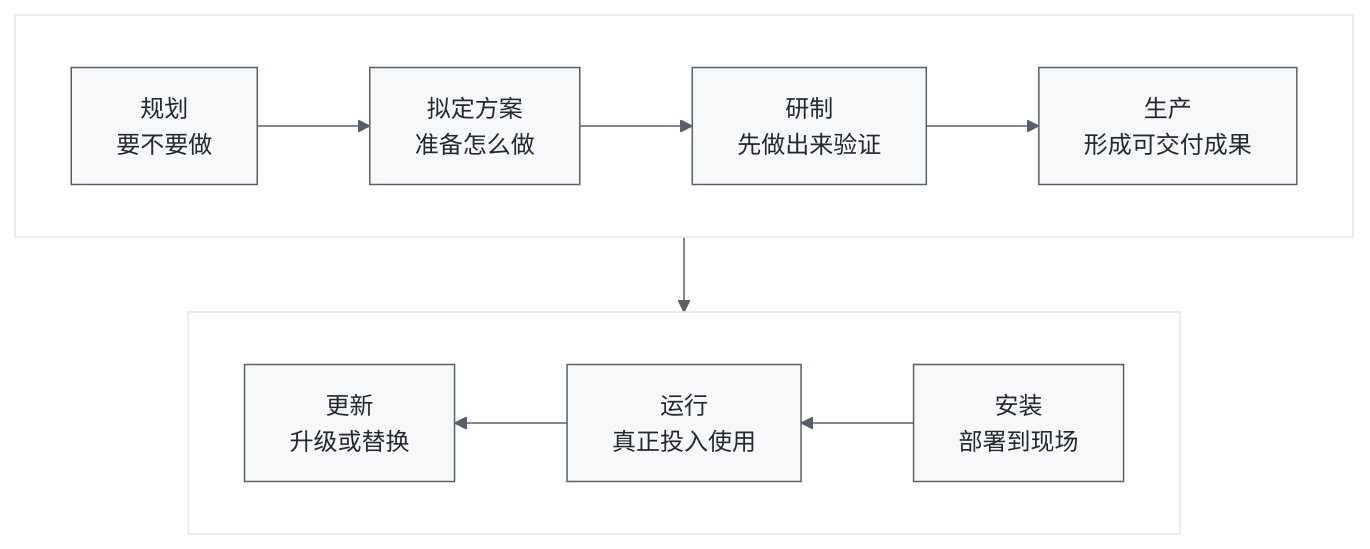
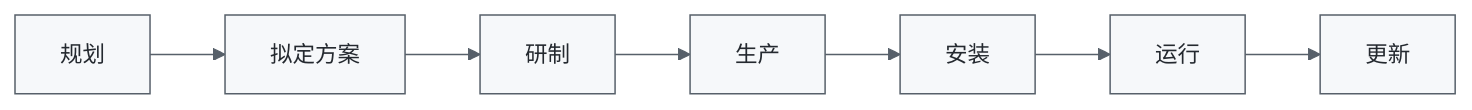
The third of 7 diagrams in 01_综合知识/02_系统工程与信息系统基础/02_系统工程方法/霍尔三维结构.md (74262195/system-architect-notes), drawn with Mermaid before and after one commit. The commit also changed other lines of this file and 2 other files, not shown here.

Commit message:
fix: 调整 Mermaid 为紧凑横向布局

````diff
--- a/01_综合知识/02_系统工程与信息系统基础/02_系统工程方法/霍尔三维结构.md
+++ b/01_综合知识/02_系统工程与信息系统基础/02_系统工程方法/霍尔三维结构.md
@@ -138,16 +133,6 @@
 ```mermaid
-%%{init: {"theme":"base","themeVariables":{"fontSize":"16px","primaryColor":"#f6f8fa","primaryTextColor":"#24292f","primaryBorderColor":"#57606a","lineColor":"#57606a","secondaryColor":"#ffffff","tertiaryColor":"#ffffff","edgeLabelBackground":"#ffffff"}}}%%
-flowchart TB
-    subgraph top[" "]
-        direction LR
-        A["规划<br/>要不要做"] --> B["拟定方案<br/>准备怎么做"]
-        B --> C["研制<br/>先做出来验证"]
-        C --> D["生产<br/>形成可交付成果"]
-    end
-    D --> E["安装<br/>部署到现场"]
-    subgraph bottom[" "]
-        direction RL
-        E --> F["运行<br/>真正投入使用"]
-        F --> G["更新<br/>升级或替换"]
-    end
+%%{init: {"theme":"base","themeVariables":{"fontSize":"15px","primaryColor":"#f6f8fa","primaryTextColor":"#24292f","primaryBorderColor":"#57606a","lineColor":"#57606a","secondaryColor":"#ffffff","tertiaryColor":"#ffffff","edgeLabelBackground":"#ffffff"}}}%%
+flowchart LR
+    A["规划"] --> B["拟定方案"] --> C["研制"] --> D["生产"]
+    D --> E["安装"] --> F["运行"] --> G["更新"]
 ```
````
